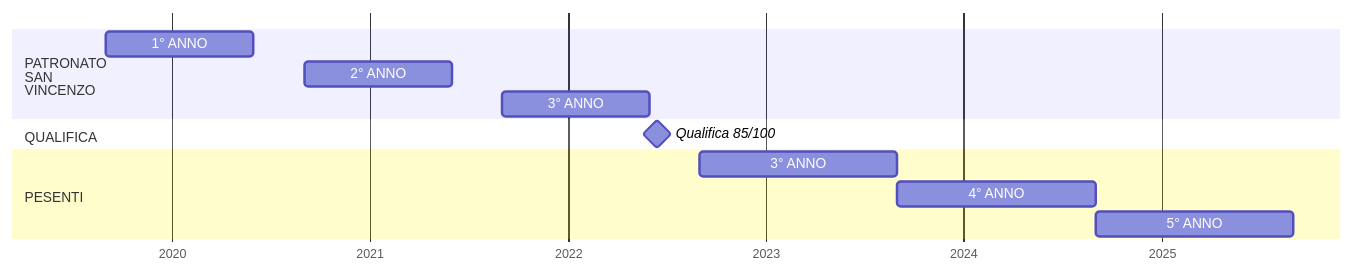
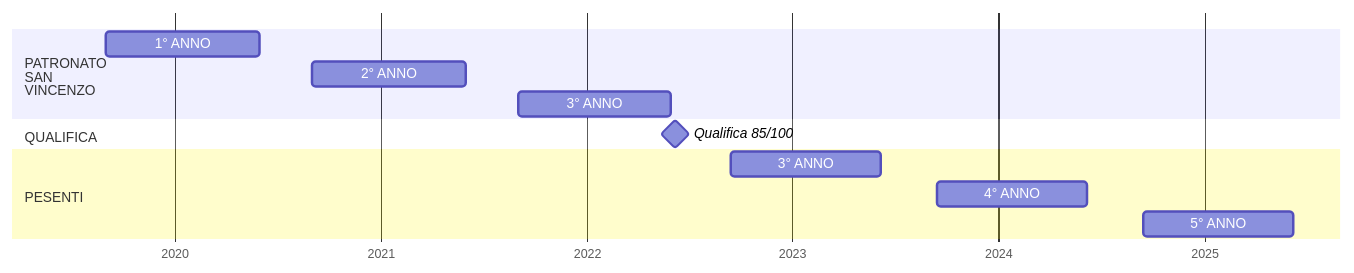
One commit to Laaouatni/PTCO-esame-MERMAID changed the diagram in PTCO.md. Above: the diagram before and after it, drawn with Mermaid.

````diff
--- a/PTCO.md
+++ b/PTCO.md
@@ -1,18 +1,18 @@
 ```mermaid
 gantt
     dateFormat  DD-MM-YYYY
     axisFormat  %Y
 
     section PATRONATO<BR>SAN<BR>VINCENZO
         1° ANNO: 01-09-2019,31-05-2020
         2° ANNO: 01-09-2020,31-05-2021
         3° ANNO: 01-09-2021,31-05-2022
 
     section QUALIFICA
-        Qualifica 85/100 :milestone, qualifica, 2022-06-15, 0d
+        Qualifica 85/100 :milestone, 15-06-2022
 
     section PESENTI
-        3° ANNO: 2022-09-01, 1y
-        4° ANNO: 2023-09-01, 1y
-        5° ANNO: 2024-09-01, 1y
+        3° ANNO: 14-09-2022,08-06-2023
+        4° ANNO: 14-09-2023,08-06-2024
+        5° ANNO: 14-09-2024,08-06-2025
 ```
````
